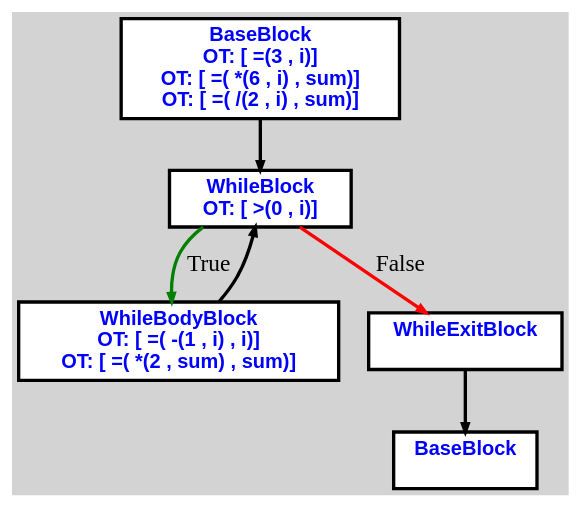
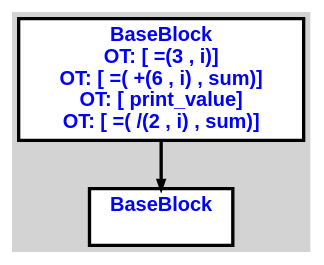
Before and after one commit to aveen007/CountingMonkeys: the diagram in cpoCompilerWin/input2.txt.calculator.dot, drawn with Graphviz. The commit also changed 17 other files, not shown here.

```diff
--- a/cpoCompilerWin/input2.txt.calculator.dot
+++ b/cpoCompilerWin/input2.txt.calculator.dot
@@ -1,23 +1,14 @@
 digraph G {
 ordering=out;
 ranksep=.4;
 bgcolor="lightgrey";  node [shape=box, fixedsize=false, fontsize=12, fontname="Helvetica-bold", fontcolor="blue"
 width=.25, height=.25, color="black", fillcolor="white", style="filled, solid, bold"];
 
-edge [arrowsize=.5, color="black", style="bold"]    n00001154B19A1400 [label="BaseBlock\n OT: [ =(3 , i)]
-OT: [ =( *(6 , i) , sum)]
+edge [arrowsize=.5, color="black", style="bold"]    n0000126738C21520 [label="BaseBlock\n OT: [ =(3 , i)]
+OT: [ =( +(6 , i) , sum)]
+OT: [ print_value]
 OT: [ =( /(2 , i) , sum)]
 "]
-    n00001154B19A1460 [label="WhileBlock\n OT: [ >(0 , i)]
-"]
-    n00001154B19A1400 -> n00001154B19A1460
-	   n00001154B19A1460 -> n00001154B19A14C0 [ label = "True" color="green"]
-    n00001154B19A14C0 [label="WhileBodyBlock\n OT: [ =( -(1 , i) , i)]
-OT: [ =( *(2 , sum) , sum)]
-"]
-    n00001154B19A14C0 -> n00001154B19A1460
-	   n00001154B19A1460 -> n00001154B19A1520 [ label = "False" color="red"]
-    n00001154B19A1520 [label="WhileExitBlock\n "]
-    n00001154B19A1580 [label="BaseBlock\n "]
-    n00001154B19A1520 -> n00001154B19A1580
+    n0000126738C21580 [label="BaseBlock\n "]
+    n0000126738C21520 -> n0000126738C21580
 }
```
